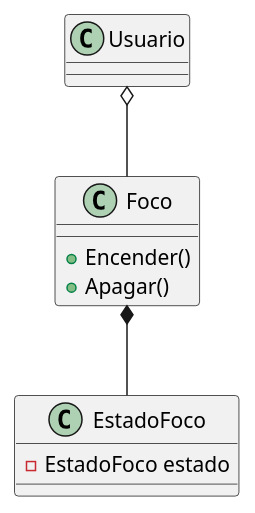
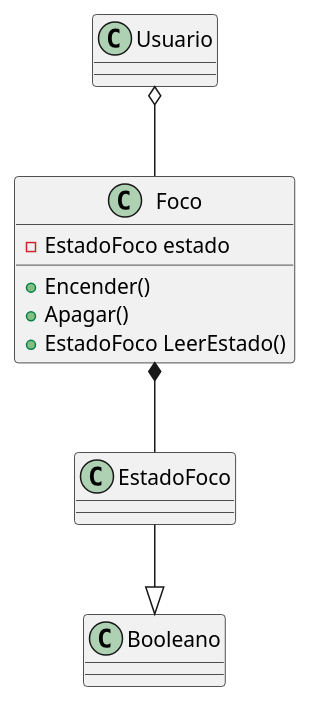
Before and after one commit to a25110272/3E261-Segundo-Parcial: the diagram in docs/foco.puml, drawn with PlantUML. The commit also changed 3 other files, not shown here.

```diff
--- a/docs/foco.puml
+++ b/docs/foco.puml
@@ -1,17 +1,17 @@
-@startuml foco 
-
+@startuml foco
 class Usuario
 class Foco{
-
+-EstadoFoco estado
 + Encender()
 + Apagar()
++EstadoFoco LeerEstado()
+}
 
 
-}
-class EstadoFoco{
--EstadoFoco estado
-}
-Usuario o-- Foco
+class EstadoFoco
+
+Usuario o-- Foco 
 Foco *-- EstadoFoco
+EstadoFoco --|> Booleano
 
 @enduml
```
